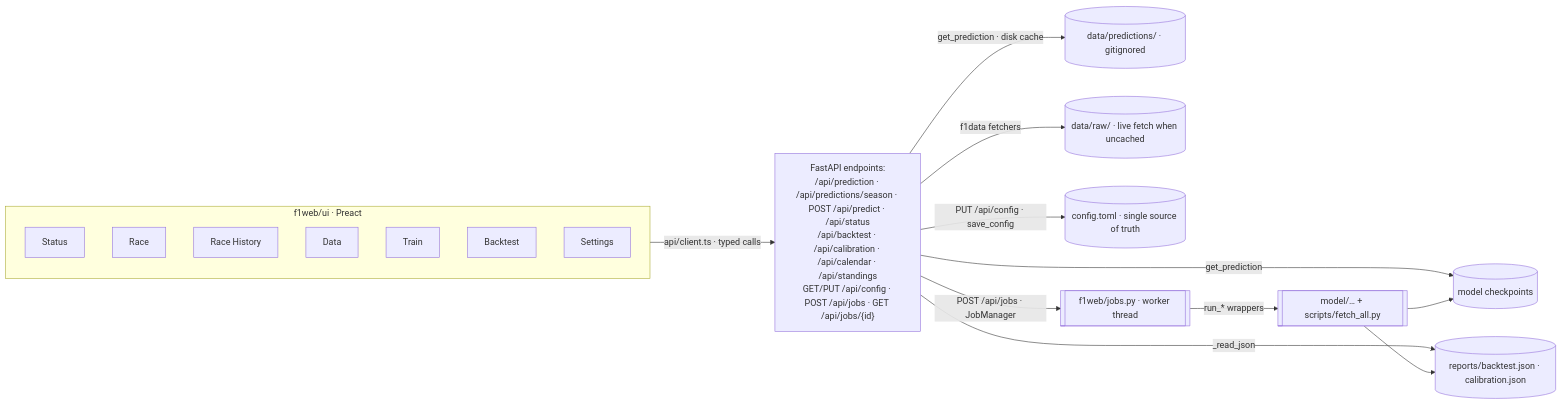
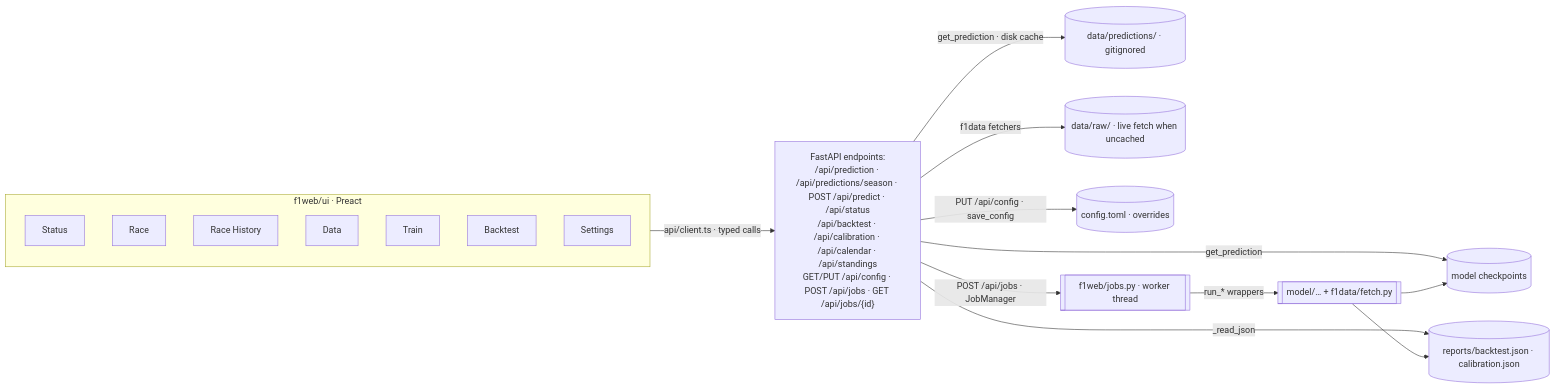
One commit to IUKomplexi/f1-result-predictor changed the fourth of 4 diagrams in README.md. Above: the diagram before and after it, drawn with Mermaid. The commit also changed other lines of this file and 15 other files, not shown here.

First line of the commit message:
refactor(config): make DEFAULTS the single source of pipeline truth

````diff
--- a/README.md
+++ b/README.md
@@ -287,22 +289,22 @@
 ```mermaid
 flowchart LR
     subgraph SPA["f1web/ui · Preact"]
         A["Status"]
         B["Race"]
         C["Race History"]
         D["Data"]
         E["Train"]
         F["Backtest"]
         G["Settings"]
     end
     SPA -->|"api/client.ts · typed calls"| API["FastAPI endpoints:<br/>/api/prediction · /api/predictions/season · POST /api/predict · /api/status<br/>/api/backtest · /api/calibration · /api/calendar · /api/standings<br/>GET/PUT /api/config · POST /api/jobs · GET /api/jobs/{id}"]
     API -->|"get_prediction · disk cache"| PC[("data/predictions/ · gitignored")]
     API -->|"get_prediction"| CP[("model checkpoints")]
     API -->|"_read_json"| RP[("reports/backtest.json · calibration.json")]
     API -->|"f1data fetchers"| RAW[("data/raw/ · live fetch when uncached")]
-    API -->|"PUT /api/config · save_config"| CT[("config.toml · single source of truth")]
+    API -->|"PUT /api/config · save_config"| CT[("config.toml · overrides")]
     API -->|"POST /api/jobs · JobManager"| JOBS[["f1web/jobs.py · worker thread"]]
-    JOBS -->|"run_* wrappers"| PL[["model/… + scripts/fetch_all.py"]]
+    JOBS -->|"run_* wrappers"| PL[["model/… + f1data/fetch.py"]]
     PL --> RP
     PL --> CP
 ```
````
